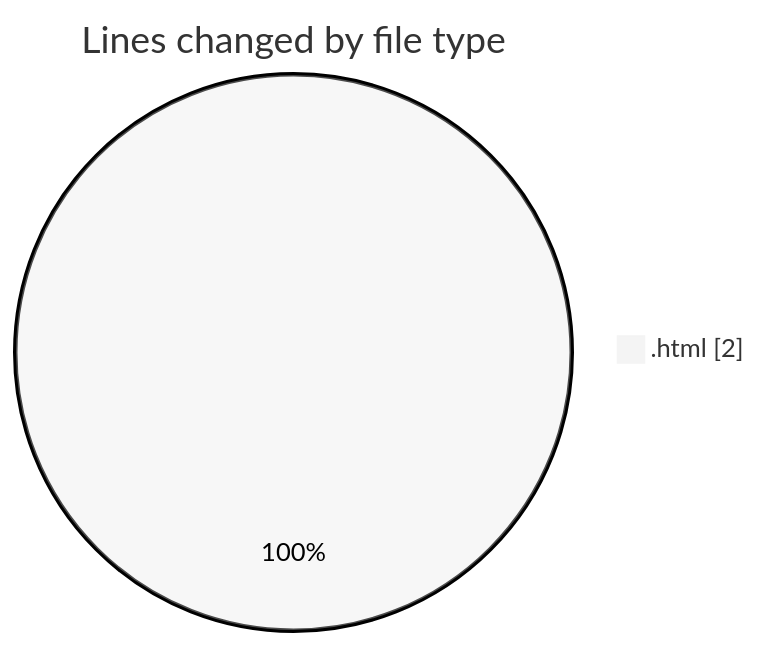
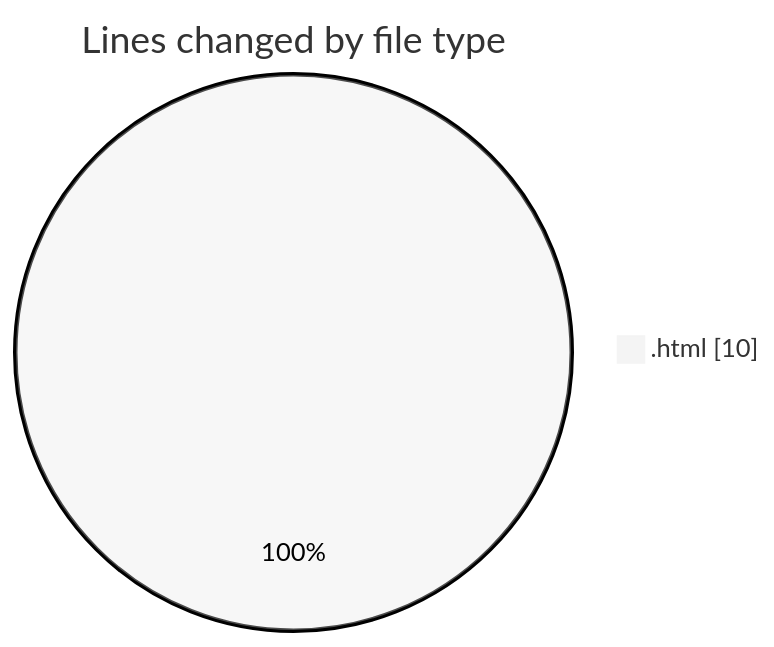
One commit to hasnaa123/code-tracking changed the first of 2 diagrams in 2025-12-24/technologie_web/README.md. Above: the diagram before and after it, drawn with Mermaid (neutral theme). The commit also changed other lines of this file and 1 other file, not shown here.

````diff
--- a/2025-12-24/technologie_web/README.md
+++ b/2025-12-24/technologie_web/README.md
@@ -20,5 +20,5 @@
 ```mermaid
 pie showData
 title Lines changed by file type
-".html" : 2
+".html" : 10
 ```
````
